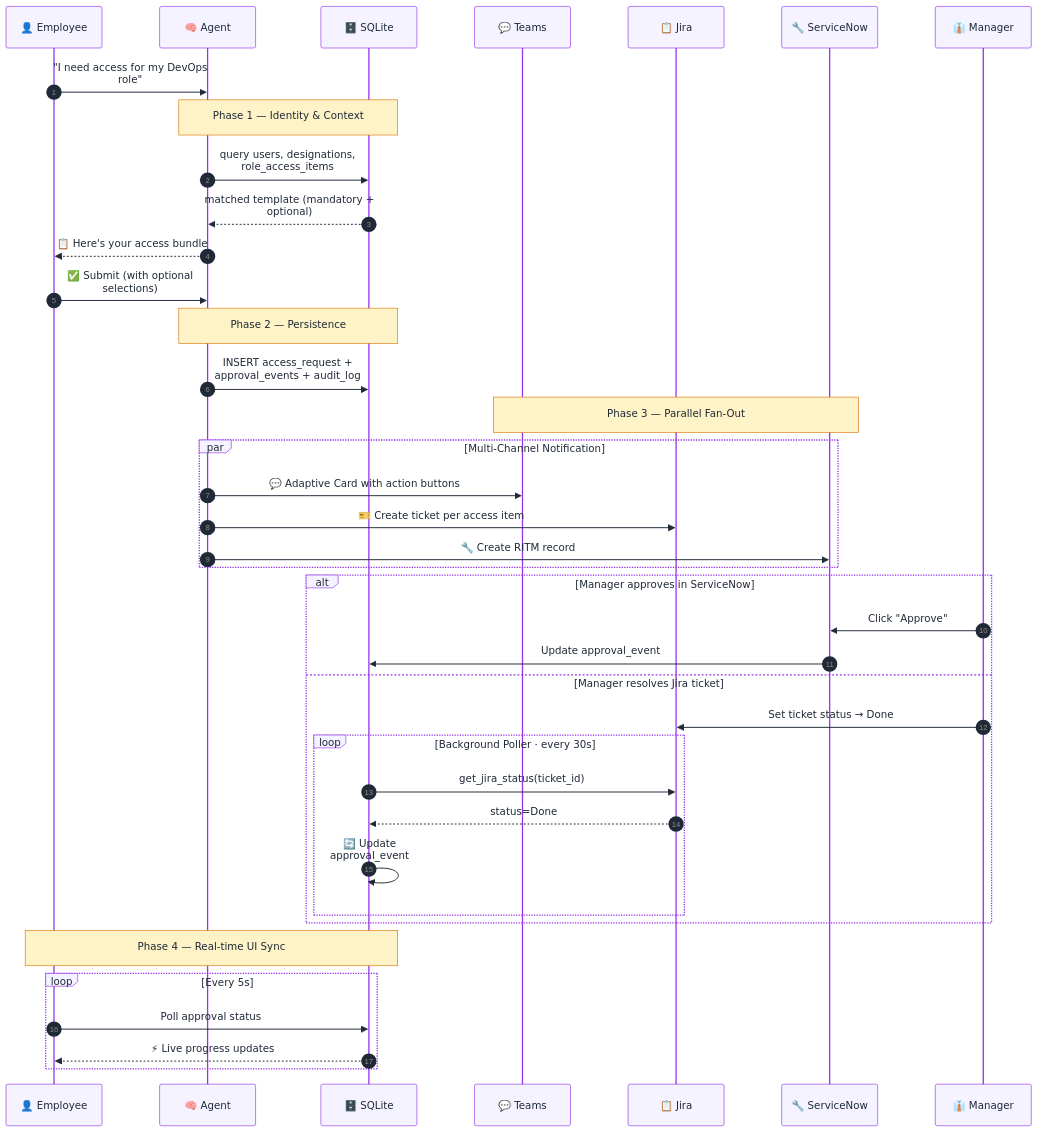
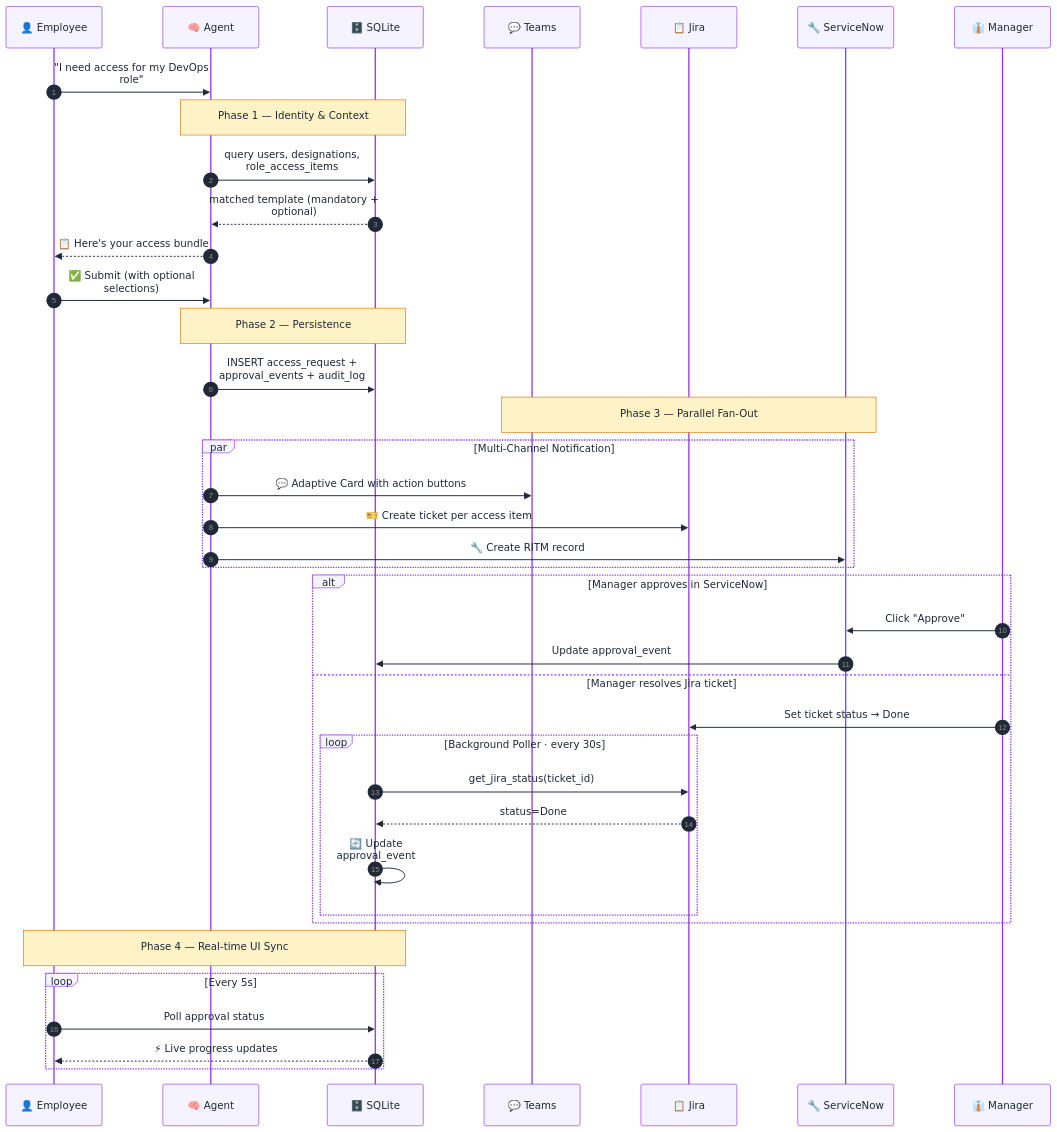
The fourth of 4 diagrams in README.md (Salman1310/hackherway-ps6), drawn with Mermaid before and after one commit.

Commit message:
docs: bump font size on approval flow mermaid diagram

````diff
--- a/README.md
+++ b/README.md
@@ -298,50 +298,50 @@
 ```mermaid
-%%{init: {'theme':'base', 'themeVariables':{'fontSize':'17px','primaryColor':'#ede9fe','primaryTextColor':'#1f2937','primaryBorderColor':'#9333EA','lineColor':'#6b7280','actorBkg':'#f5f3ff','actorBorder':'#9333EA','actorTextColor':'#1f2937','noteBkgColor':'#fef3c7','noteTextColor':'#1f2937','noteBorderColor':'#d97706'}, 'sequence':{'actorFontSize':17,'noteFontSize':16,'messageFontSize':15,'actorMargin':90,'noteMargin':18,'boxMargin':12,'messageMargin':40,'wrap':true}}}%%
+%%{init: {'theme':'base', 'themeVariables':{'fontSize':'18px','primaryColor':'#ede9fe','primaryTextColor':'#1f2937','primaryBorderColor':'#9333EA','lineColor':'#6b7280','actorBkg':'#f5f3ff','actorBorder':'#9333EA','actorTextColor':'#1f2937','noteBkgColor':'#fef3c7','noteTextColor':'#1f2937','noteBorderColor':'#d97706'}, 'sequence':{'actorFontSize':18,'noteFontSize':17,'messageFontSize':16,'actorMargin':95,'noteMargin':18,'boxMargin':12,'messageMargin':42,'wrap':true}}}%%
 sequenceDiagram
     autonumber
     participant E as 👤 Employee
     participant AI as 🧠 Agent
     participant DB as 🗄️ SQLite
     participant T as 💬 Teams
     participant J as 📋 Jira
     participant SN as 🔧 ServiceNow
     participant M as 👔 Manager
 
     E->>AI: "I need access for my DevOps role"
 
     Note over AI,DB: Phase 1 — Identity & Context
     AI->>DB: query users, designations, role_access_items
     DB-->>AI: matched template (mandatory + optional)
     AI-->>E: 📋 Here's your access bundle
 
     E->>AI: ✅ Submit (with optional selections)
 
     Note over AI,DB: Phase 2 — Persistence
     AI->>DB: INSERT access_request + approval_events + audit_log
 
     Note over T,SN: Phase 3 — Parallel Fan-Out
     par Multi-Channel Notification
         AI->>T: 💬 Adaptive Card with action buttons
         AI->>J: 🎫 Create ticket per access item
         AI->>SN: 🔧 Create RITM record
     end
 
     alt Manager approves in ServiceNow
         M->>SN: Click "Approve"
         SN->>DB: Update approval_event
     else Manager resolves Jira ticket
         M->>J: Set ticket status → Done
 
         loop Background Poller · every 30s
             DB->>J: get_jira_status(ticket_id)
             J-->>DB: status=Done
             DB->>DB: 🔄 Update approval_event
         end
     end
 
     Note over E,DB: Phase 4 — Real-time UI Sync
     loop Every 5s
         E->>DB: Poll approval status
         DB-->>E: ⚡ Live progress updates
     end
 ```
````
